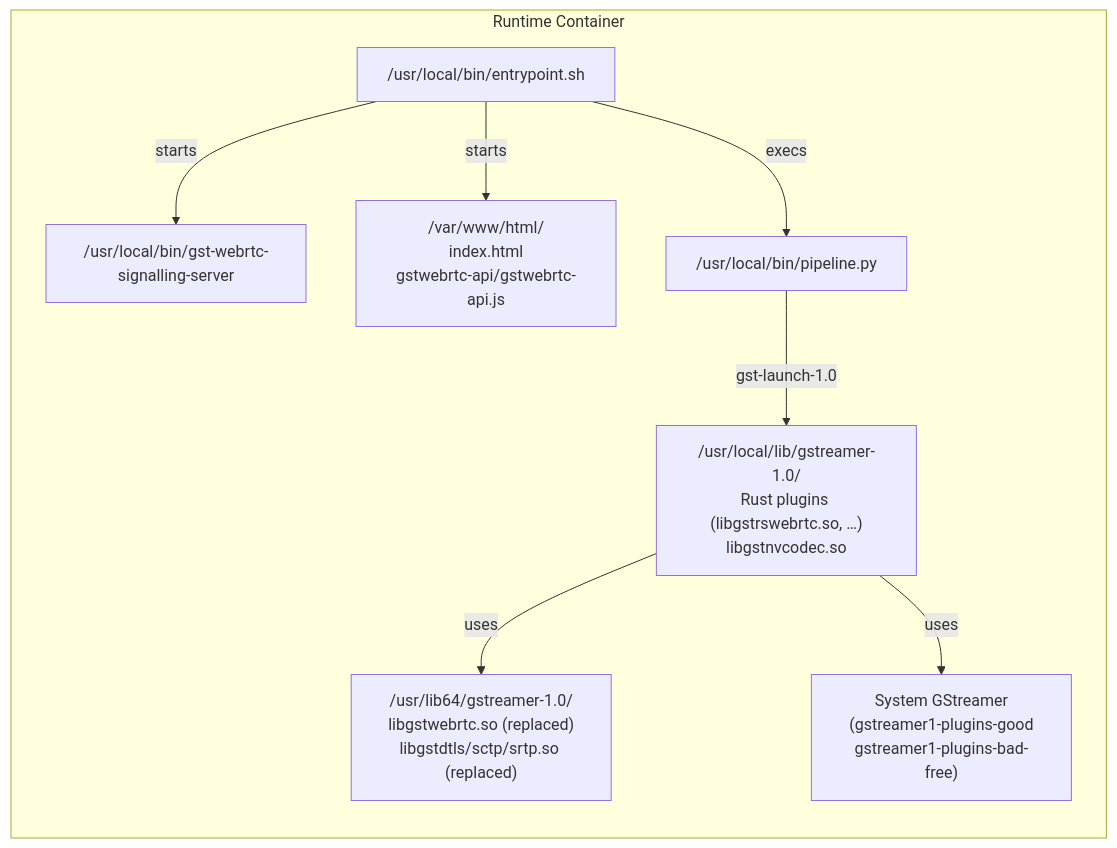
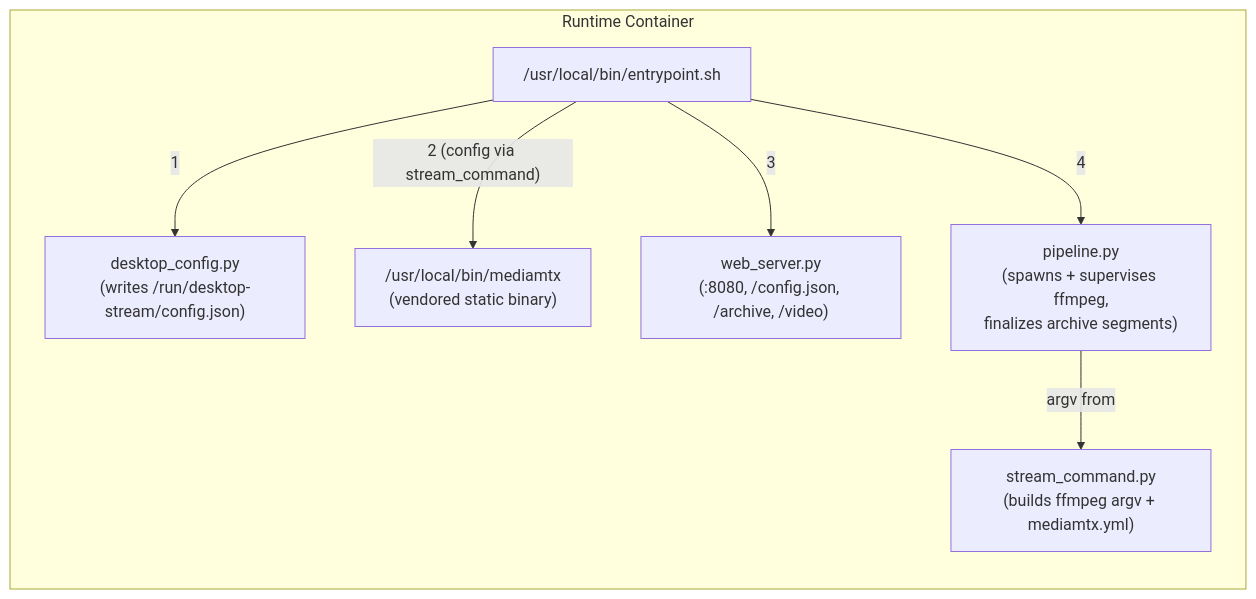
One commit to nhwalker/streamer-test changed the third of 3 diagrams in README.md. Above: the diagram before and after it, drawn with Mermaid. The commit also changed other lines of this file and 25 other files, not shown here.

````diff
--- a/README.md
+++ b/README.md
@@ -187,20 +188,18 @@
 ```mermaid
 graph TD
     subgraph runtime["Runtime Container"]
         direction TB
         ep["/usr/local/bin/entrypoint.sh"]
-        pl["/usr/local/bin/pipeline.py"]
-        ss["/usr/local/bin/gst-webrtc-signalling-server"]
-        plug["/usr/local/lib/gstreamer-1.0/\nRust plugins (libgstrswebrtc.so, …)\nlibgstnvcodec.so"]
-        rep["/usr/lib64/gstreamer-1.0/\nlibgstwebrtc.so (replaced)\nlibgstdtls/sctp/srtp.so (replaced)"]
-        www["/var/www/html/\nindex.html\ngstwebrtc-api/gstwebrtc-api.js"]
-        sys["System GStreamer\n(gstreamer1-plugins-good\ngstreamer1-plugins-bad-free)"]
+        dc["desktop_config.py\n(writes /run/desktop-stream/config.json)"]
+        sc["stream_command.py\n(builds ffmpeg argv + mediamtx.yml)"]
+        pl["pipeline.py\n(spawns + supervises ffmpeg,\nfinalizes archive segments)"]
+        mtx["/usr/local/bin/mediamtx\n(vendored static binary)"]
+        ws["web_server.py\n(:8080, /config.json, /archive, /video)"]
 
-        ep -->|"starts"| ss
-        ep -->|"starts"| www
-        ep -->|"execs"| pl
-        pl -->|"gst-launch-1.0"| plug
-        plug -->|"uses"| rep
-        plug -->|"uses"| sys
+        ep -->|"1"| dc
+        ep -->|"2 (config via stream_command)"| mtx
+        ep -->|"3"| ws
+        ep -->|"4"| pl
+        pl -->|"argv from"| sc
     end
 ```
````
